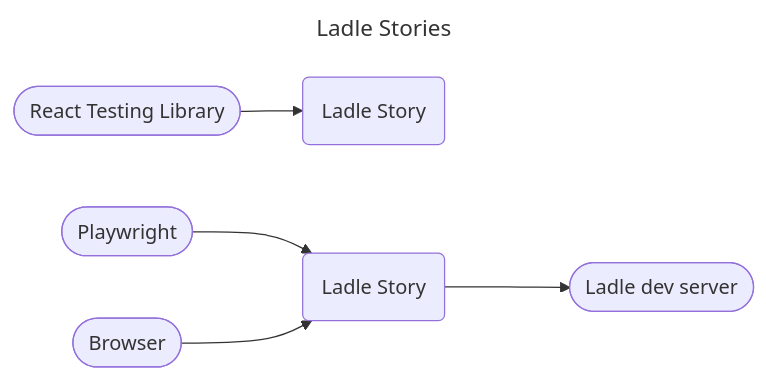
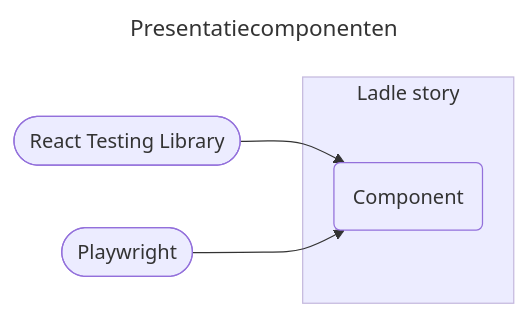
Before and after one commit to kiesraad/abacus: the first of 5 diagrams in documentatie/ontwikkelproces/test-tooling.md, drawn with Mermaid. The commit also changed other lines of this file, not shown here.

Commit message:
document vision on msw, ladle, vitest, playwright (#917)

````diff
--- a/documentatie/ontwikkelproces/test-tooling.md
+++ b/documentatie/ontwikkelproces/test-tooling.md
@@ -22,19 +30,18 @@
 ```mermaid
 ---
-title: Ladle Stories
+title: Presentatiecomponenten
 ---
 flowchart LR
     rtl([React Testing Library])
-    ladle-story-1(Ladle Story)
-    ladle-story-2(Ladle Story)
+    playwright([Playwright])
+    component(Component)
 
-    playwright([Playwright])
-    browser([Browser])
-    ladle-dev-server([Ladle dev server])
+    subgraph ladle-story [Ladle story]
+        component
+    end
 
-    rtl --> ladle-story-1
+    style ladle-story fill:#ececff,stroke:#c5b9de
 
-    playwright --> ladle-story-2
-    browser --> ladle-story-2
-    ladle-story-2 ---> ladle-dev-server
+    rtl --> component
+    playwright --> component
 ```
````
